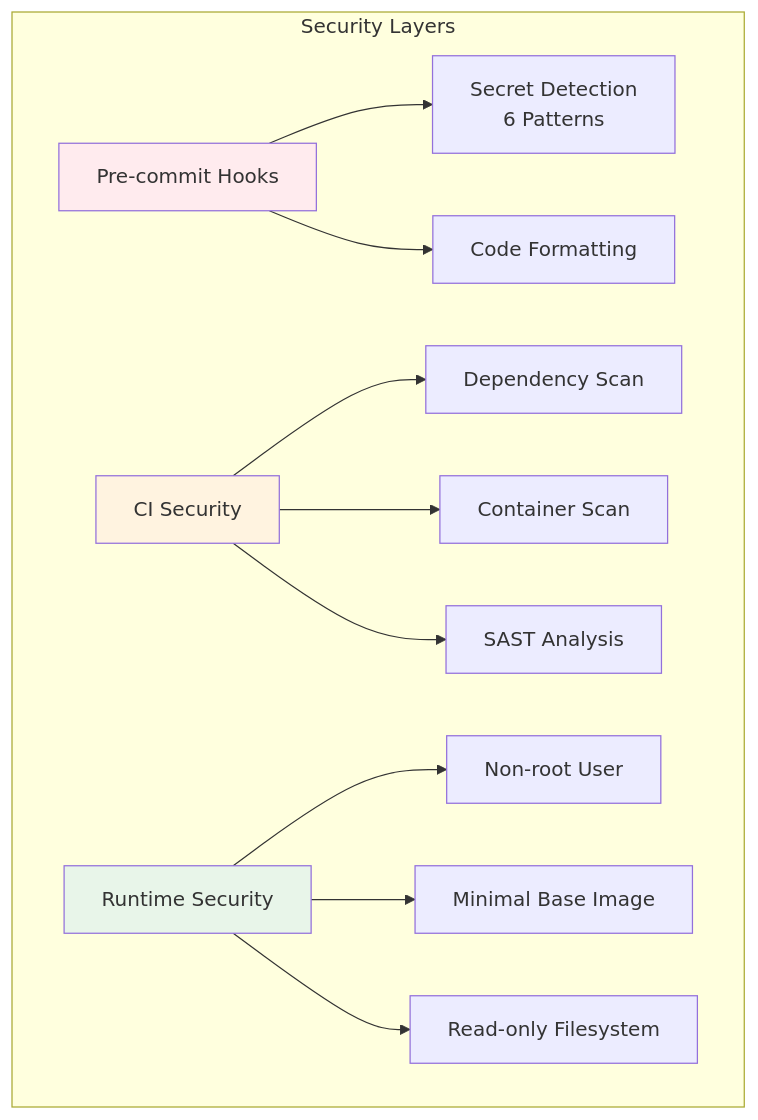
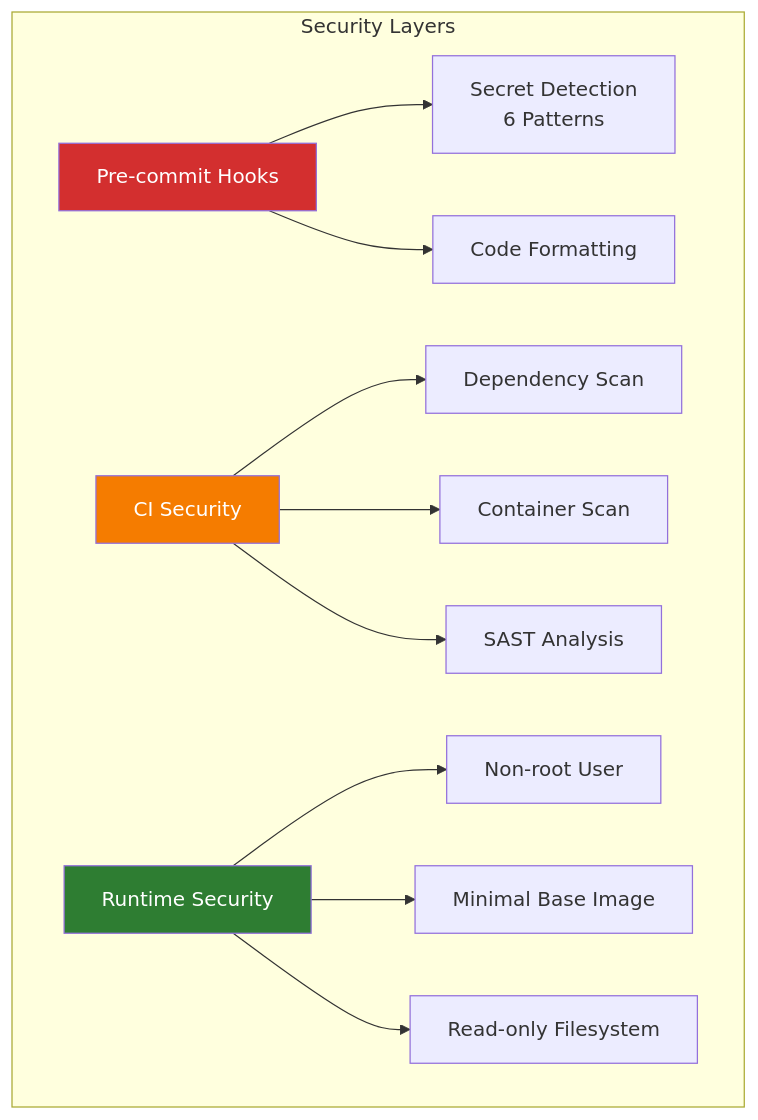
The seventh of 10 diagrams in README.md (mvalancy-mt/training-materials), drawn with Mermaid before and after one commit. The commit also changed other lines of this file and 2 other files, not shown here.

First line of the commit message:
fix: improve mermaid diagram readability with high-contrast colors (#9)

````diff
--- a/README.md
+++ b/README.md
@@ -227,19 +227,19 @@
 ```mermaid
 flowchart TB
     subgraph "Security Layers"
         A[Pre-commit Hooks] --> A1[Secret Detection<br/>6 Patterns]
         A --> A2[Code Formatting]
 
         B[CI Security] --> B1[Dependency Scan]
         B --> B2[Container Scan]
         B --> B3[SAST Analysis]
 
         C[Runtime Security] --> C1[Non-root User]
         C --> C2[Minimal Base Image]
         C --> C3[Read-only Filesystem]
     end
 
-    style A fill:#ffebee
-    style B fill:#fff3e0
-    style C fill:#e8f5e9
+    style A fill:#d32f2f,color:#ffffff
+    style B fill:#f57c00,color:#ffffff
+    style C fill:#2e7d32,color:#ffffff
 ```
````
